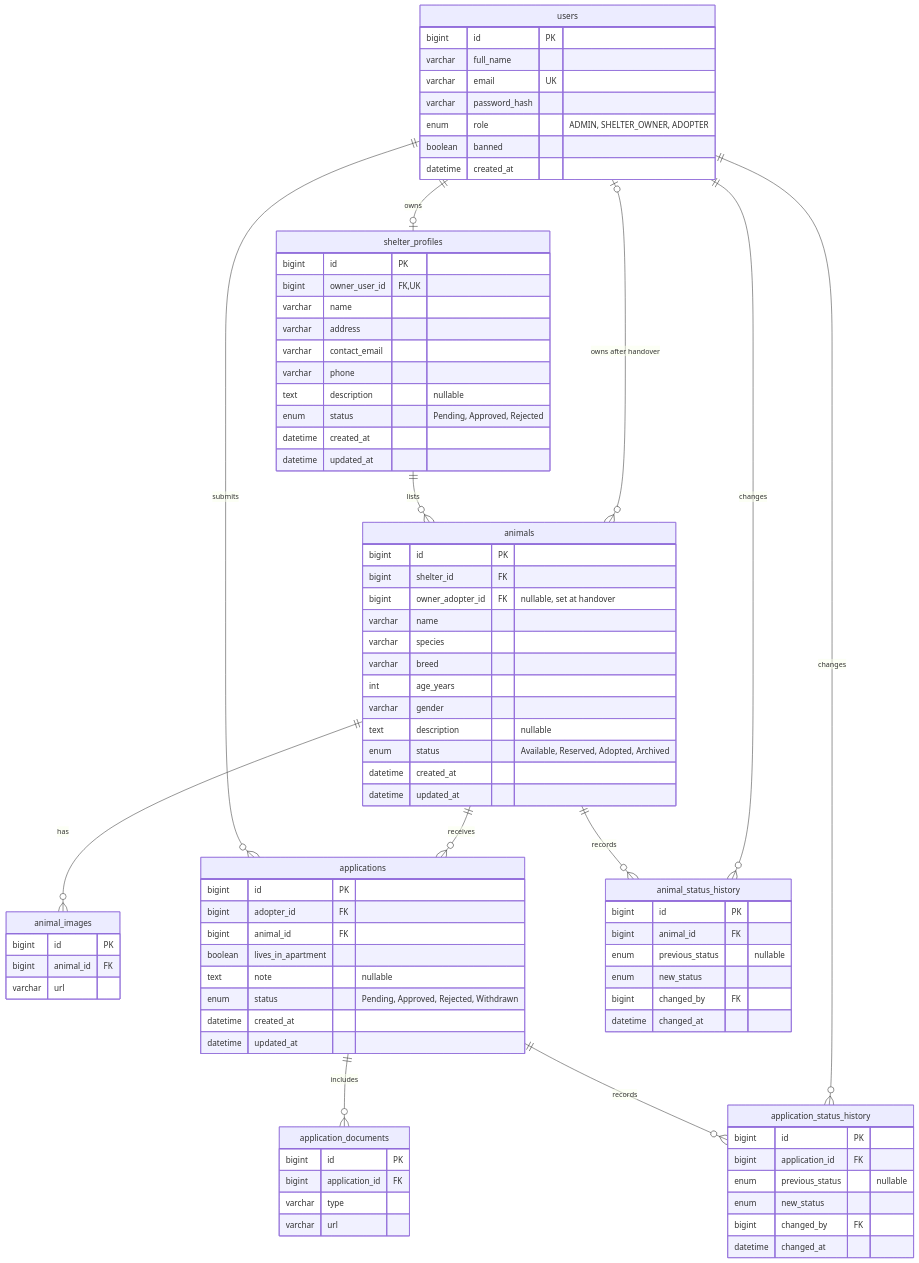
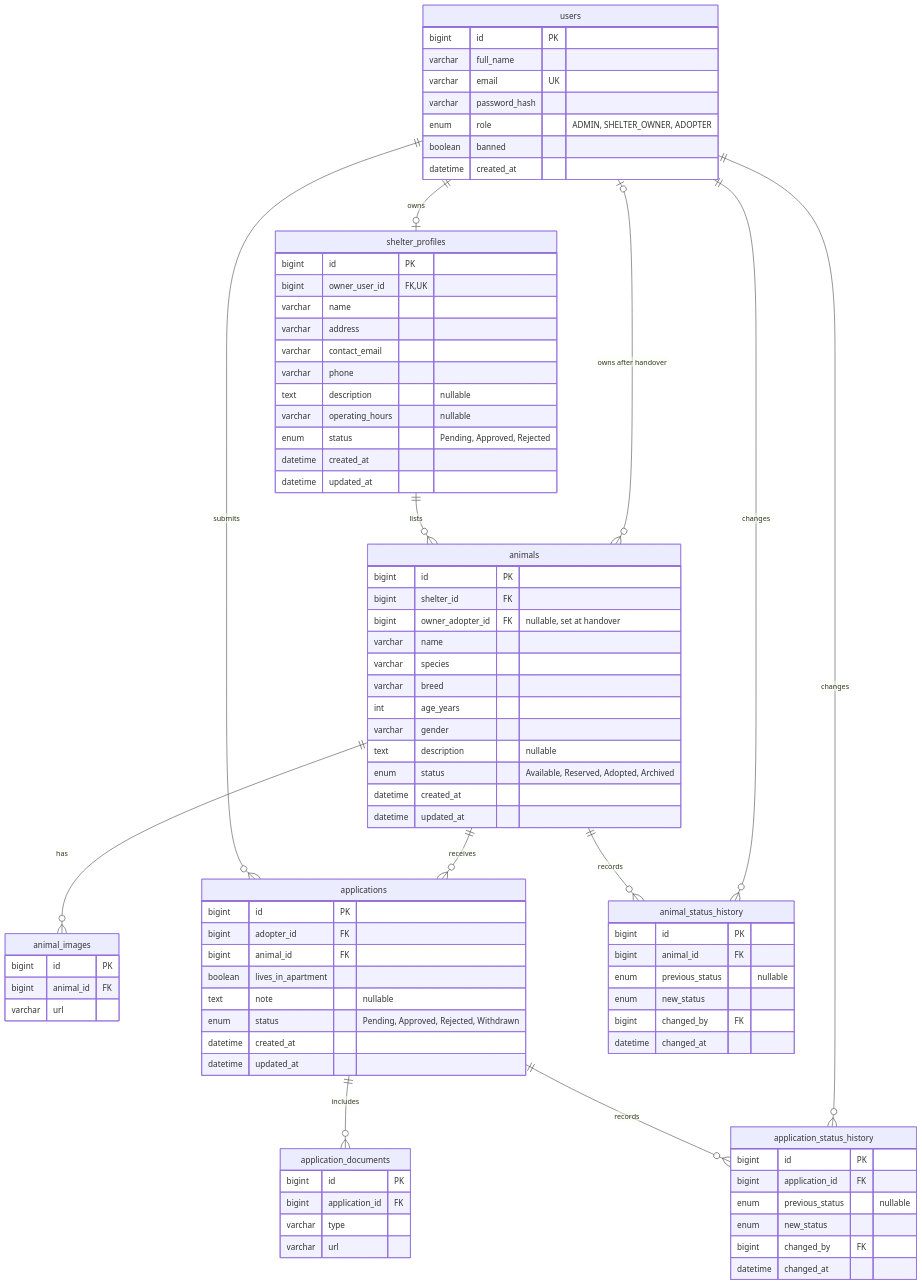
Before and after one commit to seng321-termproject-pawradise/pawradise: the fifth of 12 diagrams in docs/06-architecture.md, drawn with Mermaid. The commit also changed other lines of this file, not shown here.

Commit message:
docs: add shelter operating hours to domain model and schema

```diff
--- a/docs/06-architecture.md
+++ b/docs/06-architecture.md
@@ -522,6 +523,7 @@
         varchar contact_email
         varchar phone
         text description "nullable"
+        varchar operating_hours "nullable"
         enum status "Pending, Approved, Rejected"
         datetime created_at
         datetime updated_at
```
